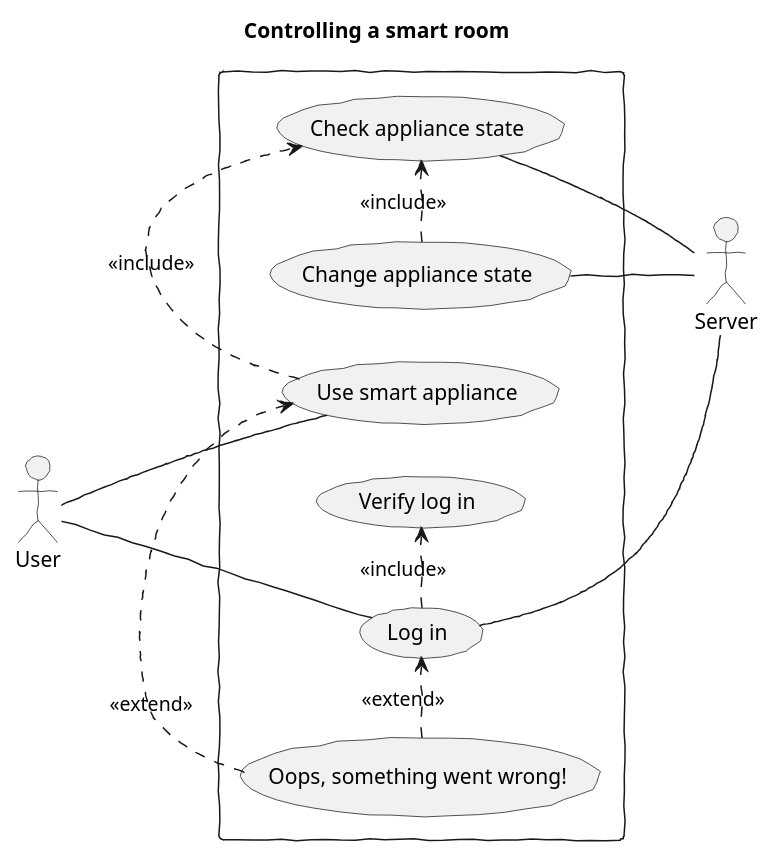
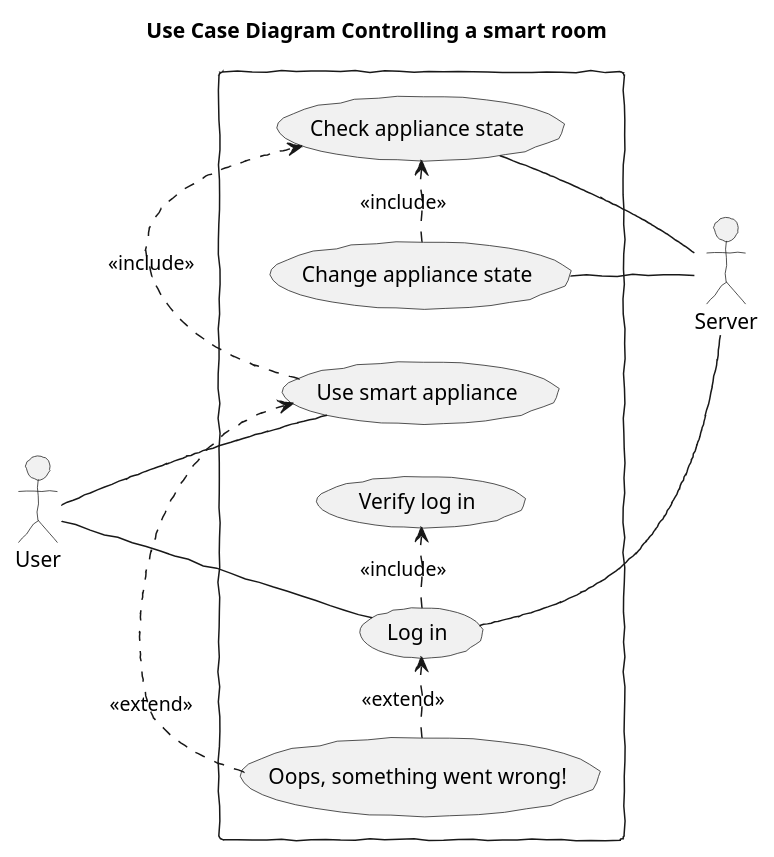
One commit to mikezamayias/glowing-sniffle changed the diagram in Current Courses/Agile Programming/Assignments/Assignment UML/use_case.puml. Above: the diagram before and after it, drawn with PlantUML. The commit also changed 1 other file, not shown here.

```diff
--- a/Current Courses/Agile Programming/Assignments/Assignment UML/use_case.puml
+++ b/Current Courses/Agile Programming/Assignments/Assignment UML/use_case.puml
@@ -1,36 +1,36 @@
 @startuml
 
 skinparam handwritten true
 skinparam monochrome true
 ' skinparam DefaultFontName Fira Code
 skinparam DefaultFontName xkcd script
 skinparam packageStyle rectangle
 left to right direction
 
-title Controlling a smart room
+title Use Case Diagram Controlling a smart room
 
 actor "User" as user
 actor "Server" as server
 
 rectangle {
 	usecase "Use smart appliance" as useSmartAppliance
 	usecase "Check appliance state" as checkApplianceState
 	usecase "Oops, something went wrong!" as error
 	usecase "Change appliance state" as changeApplianceState
 	usecase "Log in" as login
 	usecase "Verify log in" as verifyLogIn
 
 	user -- login
 	login -- server
 	user -- useSmartAppliance
 	changeApplianceState -- server
 	checkApplianceState -- server
-	
+
 	useSmartAppliance .> checkApplianceState : <<include>>
 	changeApplianceState .> checkApplianceState : <<include>>
 	login .> verifyLogIn : <<include>>
 	error .> useSmartAppliance : <<extend>>
 	error .> login : <<extend>>
 }
 
 @enduml
```
